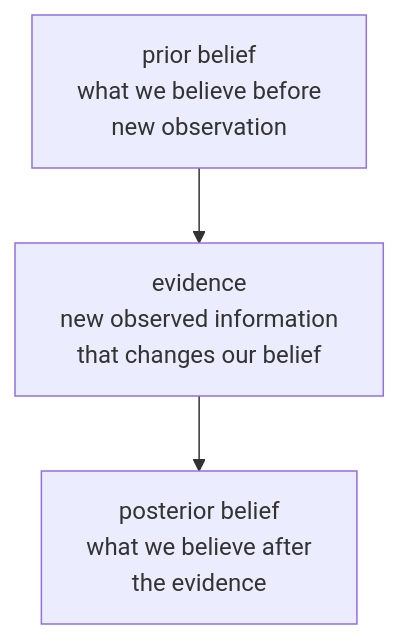
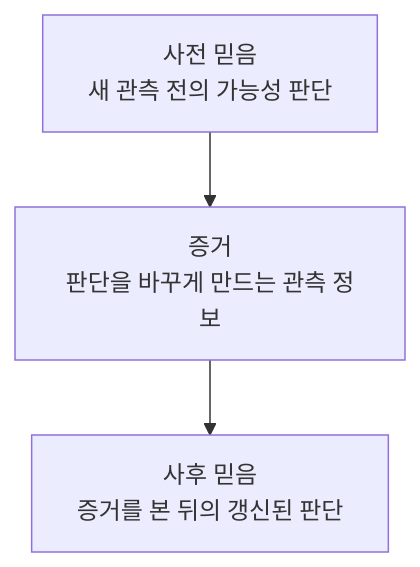
One commit to devchan64/AiBook changed the diagram in docs/parts/part-02/chapter-05/section-01.md. Above: the diagram before and after it, drawn with Mermaid. The commit also changed 29 other files, not shown here.

Commit message:
docs: localize part 2 diagrams and locale asset links

````diff
--- a/docs/parts/part-02/chapter-05/section-01.md
+++ b/docs/parts/part-02/chapter-05/section-01.md
@@ -184,8 +184,8 @@
 ```mermaid
 flowchart TD
-  A["prior belief<br/>what we believe before<br/>new observation"]
-  B["evidence<br/>new observed information<br/>that changes our belief"]
-  C["posterior belief<br/>what we believe after<br/>the evidence"]
+  A["사전 믿음<br/>새 관측 전의 가능성 판단"]
+  B["증거<br/>판단을 바꾸게 만드는 관측 정보"]
+  C["사후 믿음<br/>증거를 본 뒤의 갱신된 판단"]
 
   A --> B --> C
 ```
````
